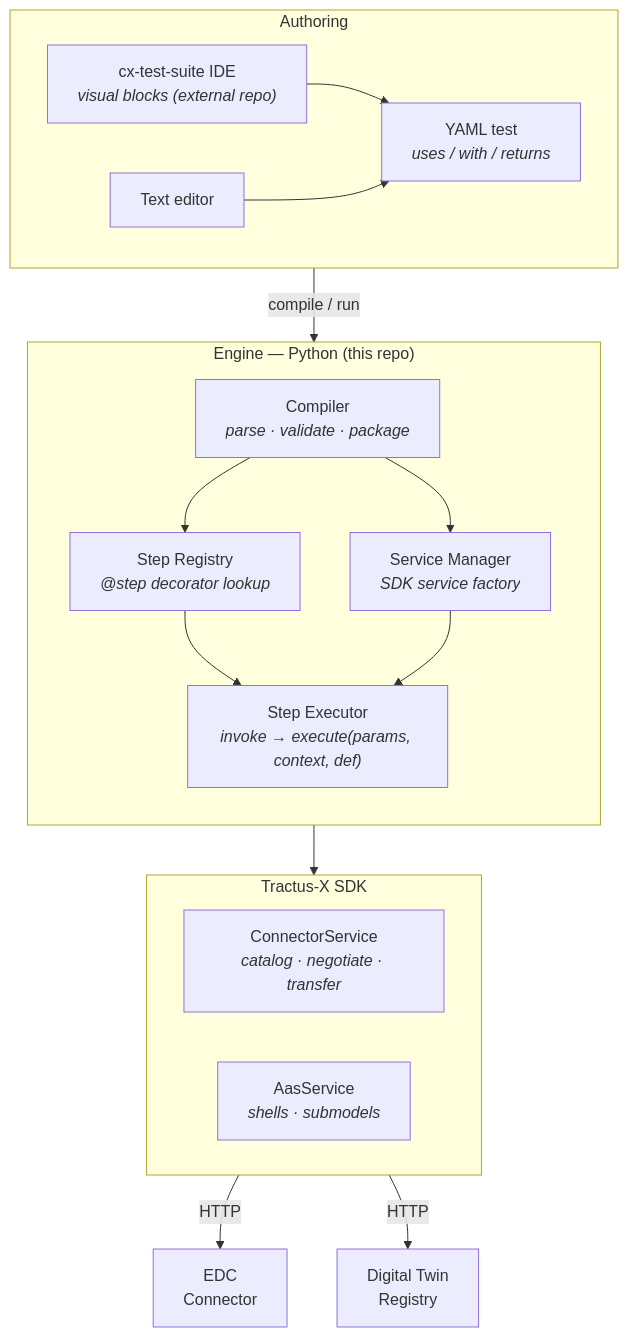
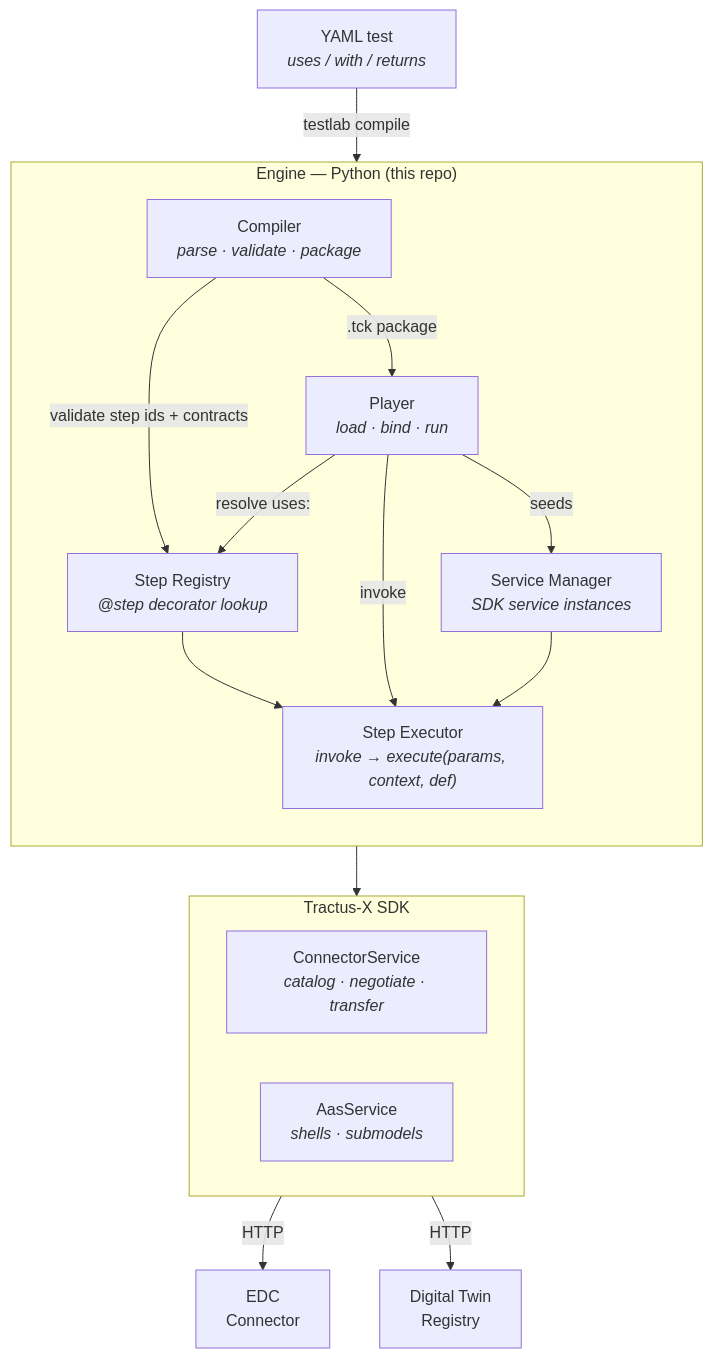
The fifth of 5 diagrams in docs/developer/block-lifecycle.md (eclipse-tractusx/tractusx-testlab), drawn with Mermaid before and after one commit. The commit also changed other lines of this file and 155 other files, not shown here.

````diff
--- a/docs/developer/block-lifecycle.md
+++ b/docs/developer/block-lifecycle.md
@@ -512,29 +507,26 @@
 ```mermaid
 flowchart TD
-    subgraph AUTH["Authoring"]
-        direction LR
-        IDE["cx-test-suite IDE<br/><i>visual blocks (external repo)</i>"] --> YAML["YAML test<br/><i>uses / with / returns</i>"]
-        ED["Text editor"] --> YAML
-    end
-
-    YAML -->|"compile / run"| COMP
+    YAML["YAML test<br/><i>uses / with / returns</i>"] -->|"testlab compile"| COMP
 
     subgraph RT["Engine — Python (this repo)"]
         direction TB
-        COMP["Compiler<br/><i>parse · validate · package</i>"] --> REG["Step Registry<br/><i>@step decorator lookup</i>"]
-        COMP --> SM["Service Manager<br/><i>SDK service factory</i>"]
+        COMP["Compiler<br/><i>parse · validate · package</i>"] -->|"validate step ids + contracts"| REG["Step Registry<br/><i>@step decorator lookup</i>"]
+        COMP -->|".tck package"| PLAYER["Player<br/><i>load · bind · run</i>"]
+        PLAYER -->|"resolve uses:"| REG
+        PLAYER -->|"seeds"| SM["Service Manager<br/><i>SDK service instances</i>"]
         REG --> EXEC["Step Executor<br/><i>invoke → execute(params, context, def)</i>"]
+        PLAYER -->|"invoke"| EXEC
         SM --> EXEC
     end
 
     EXEC --> SDK
 
     subgraph SDK["Tractus-X SDK"]
         direction LR
         CSVC["ConnectorService<br/><i>catalog · negotiate · transfer</i>"]
         ASVC["AasService<br/><i>shells · submodels</i>"]
     end
 
     CSVC -->|"HTTP"| EDC["EDC<br/>Connector"]
     ASVC -->|"HTTP"| DTR["Digital Twin<br/>Registry"]
 ```
````
